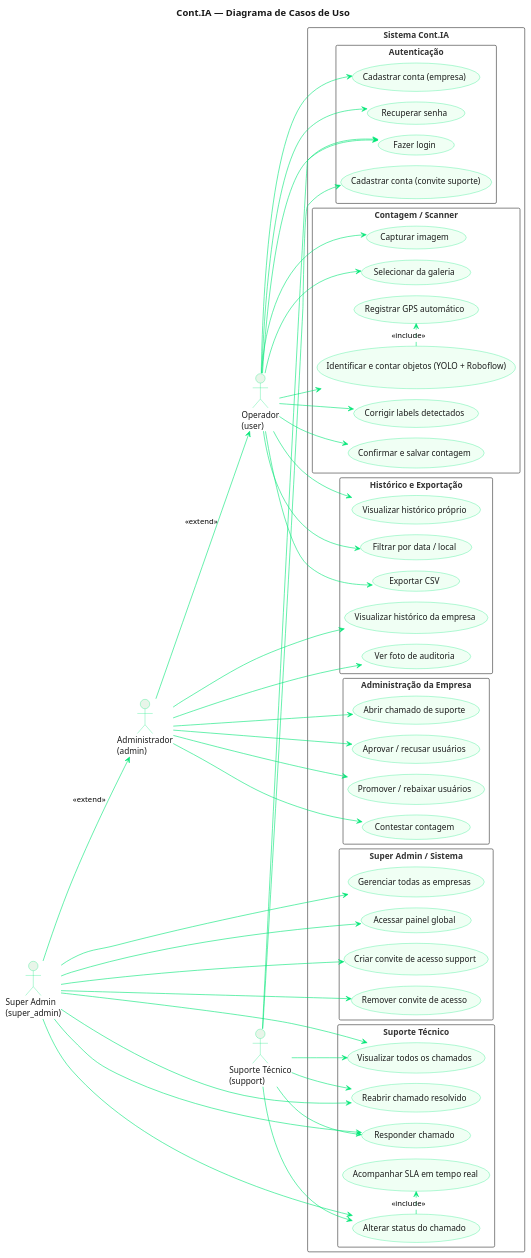
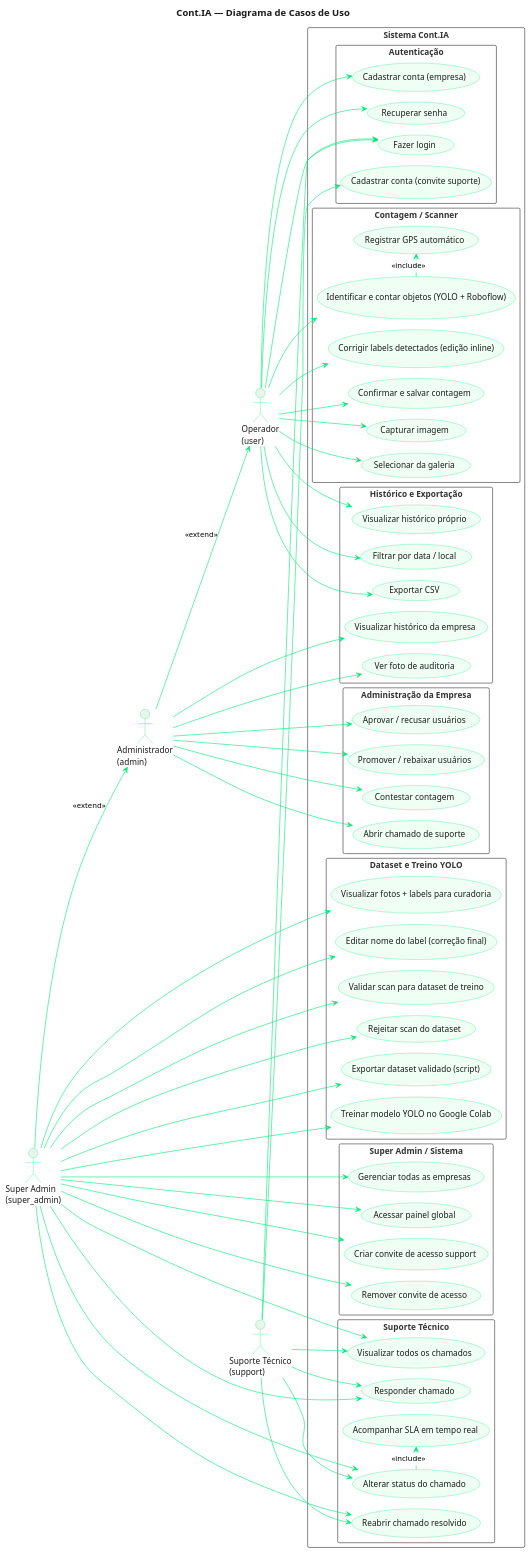
One commit to JuBertoldo/cont-ia changed the diagram in docs/diagramas/01_casos_de_uso.puml. Above: the diagram before and after it, drawn with PlantUML. The commit also changed 3 other files, not shown here.

First line of the commit message:
docs: atualizar diagramas com curadoria de dataset e edicao de labels

```diff
--- a/docs/diagramas/01_casos_de_uso.puml
+++ b/docs/diagramas/01_casos_de_uso.puml
@@ -1,117 +1,132 @@
 @startuml 01_casos_de_uso
 !pragma layout smetana
 title Cont.IA — Diagrama de Casos de Uso
 
 skinparam backgroundColor #FFFFFF
 skinparam actorBackgroundColor #E8F5E9
 skinparam actorBorderColor #00E676
 skinparam actorFontColor #1A1A1A
 skinparam usecaseBackgroundColor #F0FFF4
 skinparam usecaseBorderColor #00E676
 skinparam usecaseFontColor #1A1A1A
 skinparam arrowColor #00E676
 skinparam rectangleBorderColor #333333
 skinparam rectangleFontColor #333333
 skinparam titleFontColor #1A1A1A
 skinparam titleFontSize 16
 
 left to right direction
 
 actor "Operador\n(user)" as OP
 actor "Administrador\n(admin)" as ADM
 actor "Suporte Técnico\n(support)" as SUP
 actor "Super Admin\n(super_admin)" as SA
 
 rectangle "Sistema Cont.IA" {
 
     rectangle "Autenticação" {
         usecase "Cadastrar conta (empresa)" as UC1
         usecase "Cadastrar conta (convite suporte)" as UC1B
         usecase "Fazer login" as UC2
         usecase "Recuperar senha" as UC3
     }
 
     rectangle "Contagem / Scanner" {
         usecase "Capturar imagem" as UC4
         usecase "Selecionar da galeria" as UC5
         usecase "Identificar e contar objetos (YOLO + Roboflow)" as UC6
-        usecase "Corrigir labels detectados" as UC6B
+        usecase "Corrigir labels detectados (edição inline)" as UC6B
         usecase "Confirmar e salvar contagem" as UC7
         usecase "Registrar GPS automático" as UC8
+    }
+
+    rectangle "Dataset e Treino YOLO" {
+        usecase "Visualizar fotos + labels para curadoria" as UC27
+        usecase "Editar nome do label (correção final)" as UC28
+        usecase "Validar scan para dataset de treino" as UC29
+        usecase "Rejeitar scan do dataset" as UC30
+        usecase "Exportar dataset validado (script)" as UC31
+        usecase "Treinar modelo YOLO no Google Colab" as UC32
     }
 
     rectangle "Histórico e Exportação" {
         usecase "Visualizar histórico próprio" as UC9
         usecase "Visualizar histórico da empresa" as UC10
         usecase "Filtrar por data / local" as UC11
         usecase "Exportar CSV" as UC12
         usecase "Ver foto de auditoria" as UC13
     }
 
     rectangle "Administração da Empresa" {
         usecase "Aprovar / recusar usuários" as UC14
         usecase "Promover / rebaixar usuários" as UC15
         usecase "Contestar contagem" as UC16
         usecase "Abrir chamado de suporte" as UC17
     }
 
     rectangle "Suporte Técnico" {
         usecase "Visualizar todos os chamados" as UC18
         usecase "Responder chamado" as UC19
         usecase "Alterar status do chamado" as UC20
         usecase "Reabrir chamado resolvido" as UC21
         usecase "Acompanhar SLA em tempo real" as UC22
     }
 
     rectangle "Super Admin / Sistema" {
         usecase "Gerenciar todas as empresas" as UC23
         usecase "Acessar painel global" as UC24
         usecase "Criar convite de acesso support" as UC25
         usecase "Remover convite de acesso" as UC26
     }
 }
 
 ' Operador
 OP --> UC1
 OP --> UC2
 OP --> UC3
 OP --> UC4
 OP --> UC5
 OP --> UC6
 OP --> UC6B
 OP --> UC7
 UC6 .> UC8 : <<include>>
 OP --> UC9
 OP --> UC11
 OP --> UC12
 
 ' Administrador herda do Operador
 ADM --> OP : <<extend>>
 ADM --> UC10
 ADM --> UC13
 ADM --> UC14
 ADM --> UC15
 ADM --> UC16
 ADM --> UC17
 
 ' Suporte Técnico
 SUP --> UC1B
 SUP --> UC2
 SUP --> UC18
 SUP --> UC19
 SUP --> UC20
 SUP --> UC21
 UC20 .> UC22 : <<include>>
 
 ' Super Admin herda do Administrador
 SA --> ADM : <<extend>>
 SA --> UC23
 SA --> UC24
 SA --> UC25
 SA --> UC26
 SA --> UC18
 SA --> UC19
 SA --> UC20
 SA --> UC21
+SA --> UC27
+SA --> UC28
+SA --> UC29
+SA --> UC30
+SA --> UC31
+SA --> UC32
 
 @enduml
```
